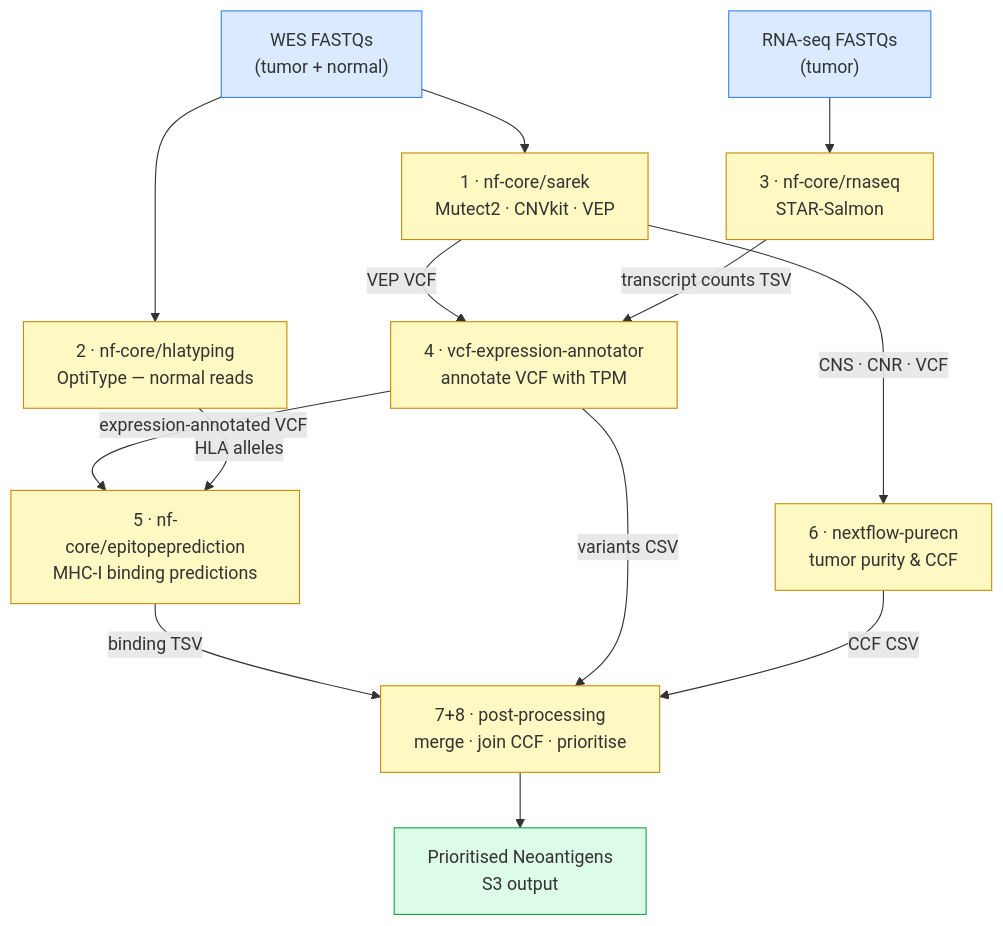
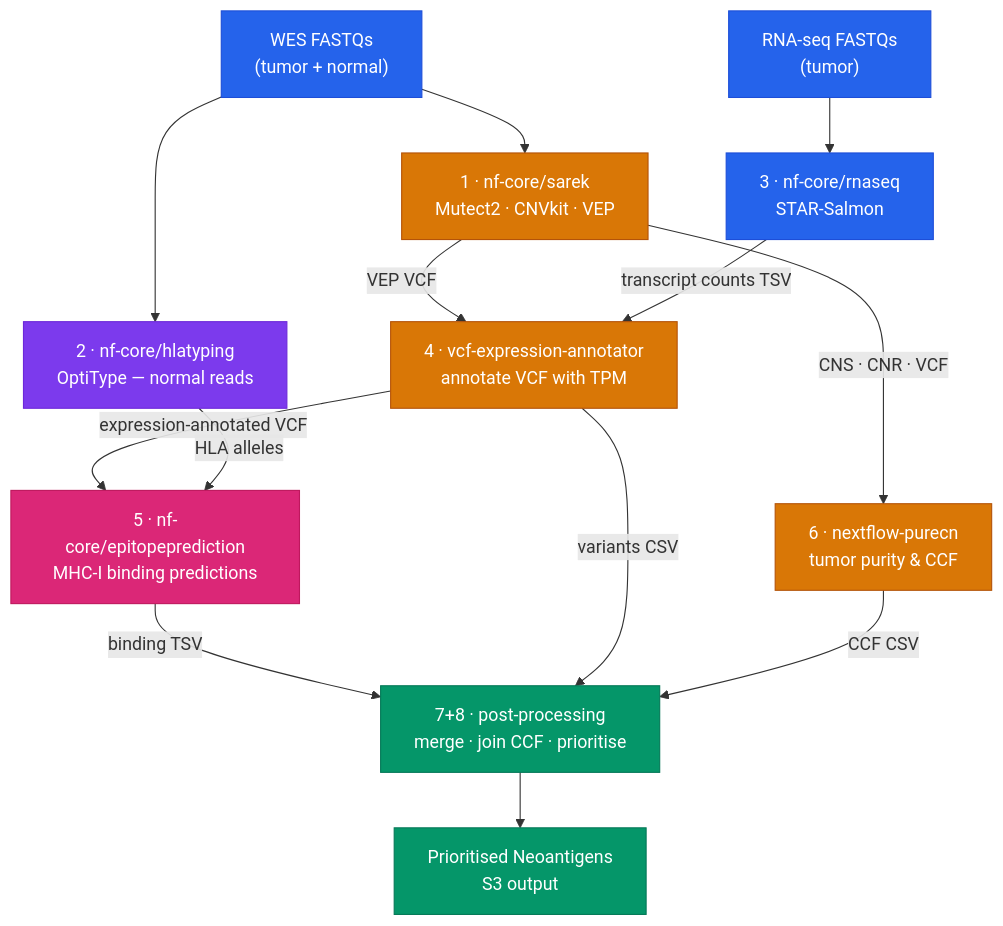
Before and after one commit to tylergross97/neoantigen-prefect: the diagram in README.md, drawn with Mermaid.

Commit message:
Improve mermaid DAG colors: rich fills with white text for readability

````diff
--- a/README.md
+++ b/README.md
@@ -25,34 +25,34 @@
 ```mermaid
 flowchart TD
     WES["WES FASTQs\n(tumor + normal)"]
     RNA["RNA-seq FASTQs\n(tumor)"]
 
     WES --> sarek["1 · nf-core/sarek\nMutect2 · CNVkit · VEP"]
     WES --> hlatyping["2 · nf-core/hlatyping\nOptiType — normal reads"]
     RNA --> rnaseq["3 · nf-core/rnaseq\nSTAR-Salmon"]
 
     sarek -->|"VEP VCF"| vcfannot["4 · vcf-expression-annotator\nannotate VCF with TPM"]
     rnaseq -->|"transcript counts TSV"| vcfannot
 
     sarek -->|"CNS · CNR · VCF"| purecn["6 · nextflow-purecn\ntumor purity & CCF"]
 
     vcfannot -->|"expression-annotated VCF"| epipred["5 · nf-core/epitopeprediction\nMHC-I binding predictions"]
     hlatyping -->|"HLA alleles"| epipred
 
     epipred -->|"binding TSV"| postproc["7+8 · post-processing\nmerge · join CCF · prioritise"]
     vcfannot -->|"variants CSV"| postproc
     purecn -->|"CCF CSV"| postproc
 
     postproc --> out["Prioritised Neoantigens\nS3 output"]
 
-    style WES fill:#dbeafe,stroke:#3b82f6
-    style RNA fill:#dbeafe,stroke:#3b82f6
-    style out fill:#dcfce7,stroke:#16a34a
-    style sarek fill:#fef9c3,stroke:#ca8a04
-    style hlatyping fill:#fef9c3,stroke:#ca8a04
-    style rnaseq fill:#fef9c3,stroke:#ca8a04
-    style vcfannot fill:#fef9c3,stroke:#ca8a04
-    style purecn fill:#fef9c3,stroke:#ca8a04
-    style epipred fill:#fef9c3,stroke:#ca8a04
-    style postproc fill:#fef9c3,stroke:#ca8a04
+    style WES fill:#2563eb,stroke:#1d4ed8,color:#fff
+    style RNA fill:#2563eb,stroke:#1d4ed8,color:#fff
+    style out fill:#059669,stroke:#047857,color:#fff
+    style sarek fill:#d97706,stroke:#b45309,color:#fff
+    style hlatyping fill:#7c3aed,stroke:#6d28d9,color:#fff
+    style rnaseq fill:#2563eb,stroke:#1d4ed8,color:#fff
+    style vcfannot fill:#d97706,stroke:#b45309,color:#fff
+    style purecn fill:#d97706,stroke:#b45309,color:#fff
+    style epipred fill:#db2777,stroke:#be185d,color:#fff
+    style postproc fill:#059669,stroke:#047857,color:#fff
 ```
````
